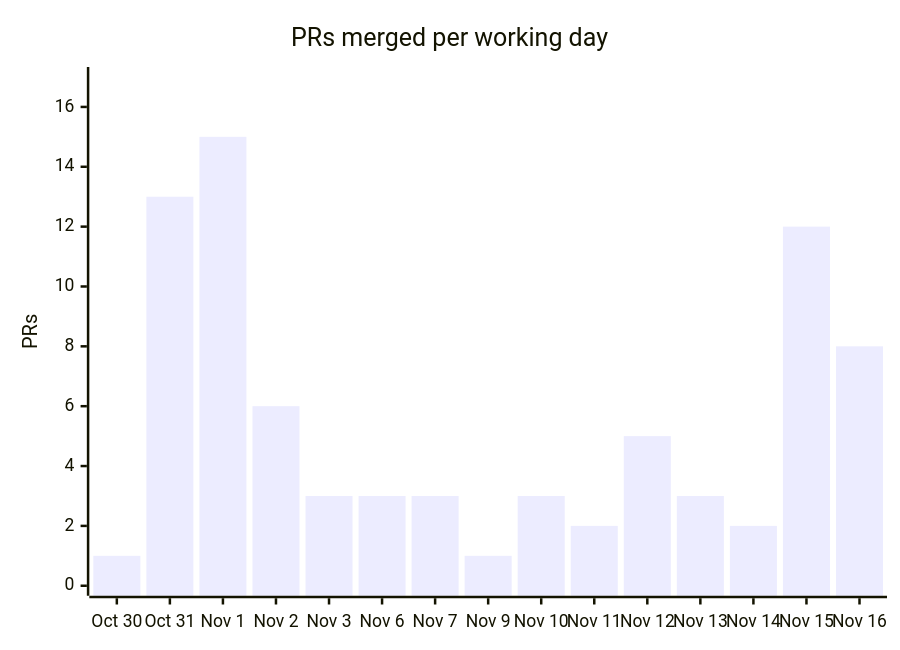
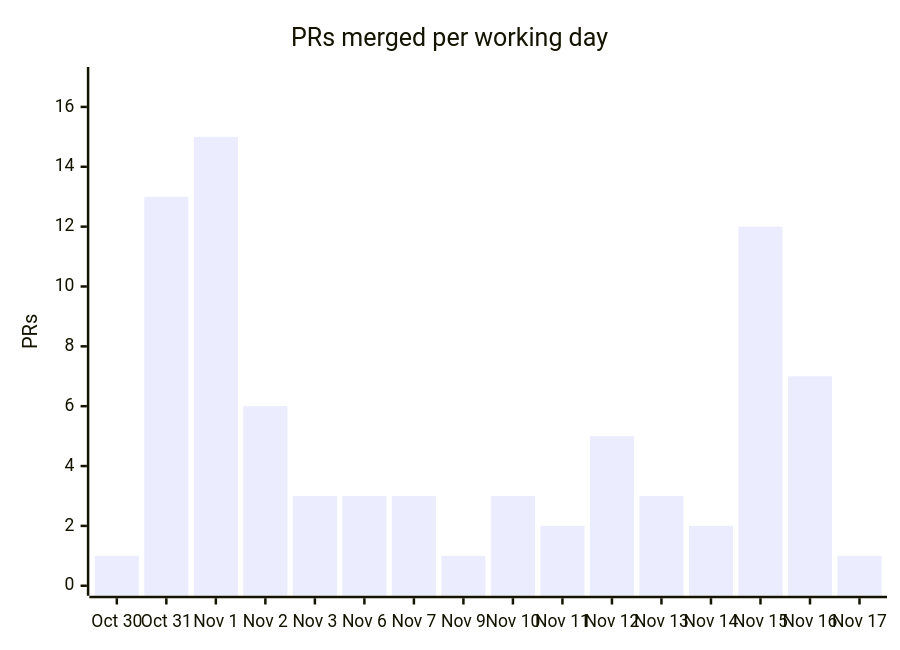
The fourth of 4 diagrams in docs/OVERVIEW.md (cmprssd/nfsh), drawn with Mermaid before and after one commit. The commit also changed other lines of this file, not shown here.

````diff
--- a/docs/OVERVIEW.md
+++ b/docs/OVERVIEW.md
@@ -143,7 +143,7 @@
 ```mermaid
 xychart-beta
     title "PRs merged per working day"
-    x-axis ["Oct 30", "Oct 31", "Nov 1", "Nov 2", "Nov 3", "Nov 6", "Nov 7", "Nov 9", "Nov 10", "Nov 11", "Nov 12", "Nov 13", "Nov 14", "Nov 15", "Nov 16"]
+    x-axis ["Oct 30", "Oct 31", "Nov 1", "Nov 2", "Nov 3", "Nov 6", "Nov 7", "Nov 9", "Nov 10", "Nov 11", "Nov 12", "Nov 13", "Nov 14", "Nov 15", "Nov 16", "Nov 17"]
     y-axis "PRs" 0 --> 17
-    bar [1, 13, 15, 6, 3, 3, 3, 1, 3, 2, 5, 3, 2, 12, 8]
+    bar [1, 13, 15, 6, 3, 3, 3, 1, 3, 2, 5, 3, 2, 12, 7, 1]
 ```
````
